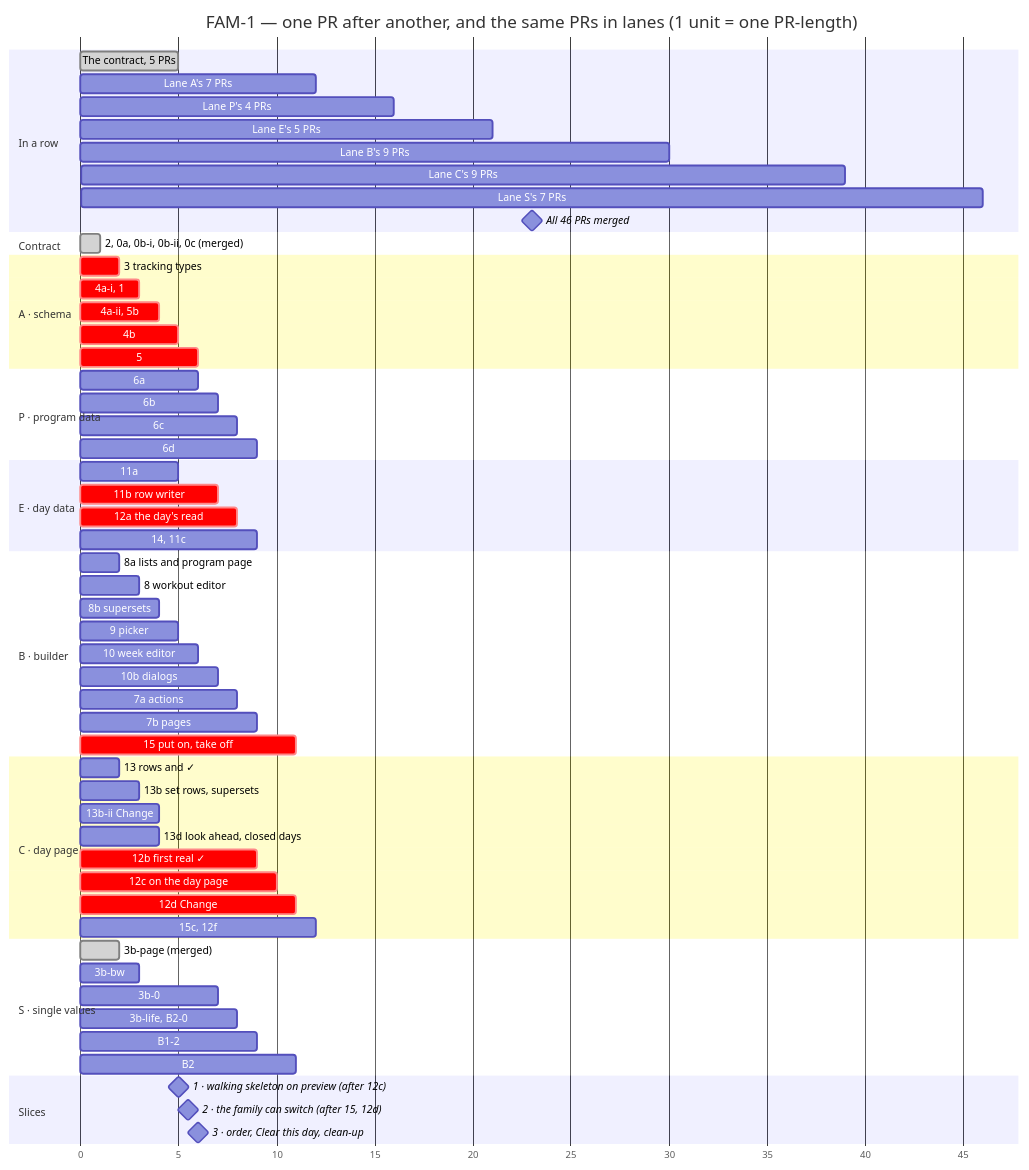
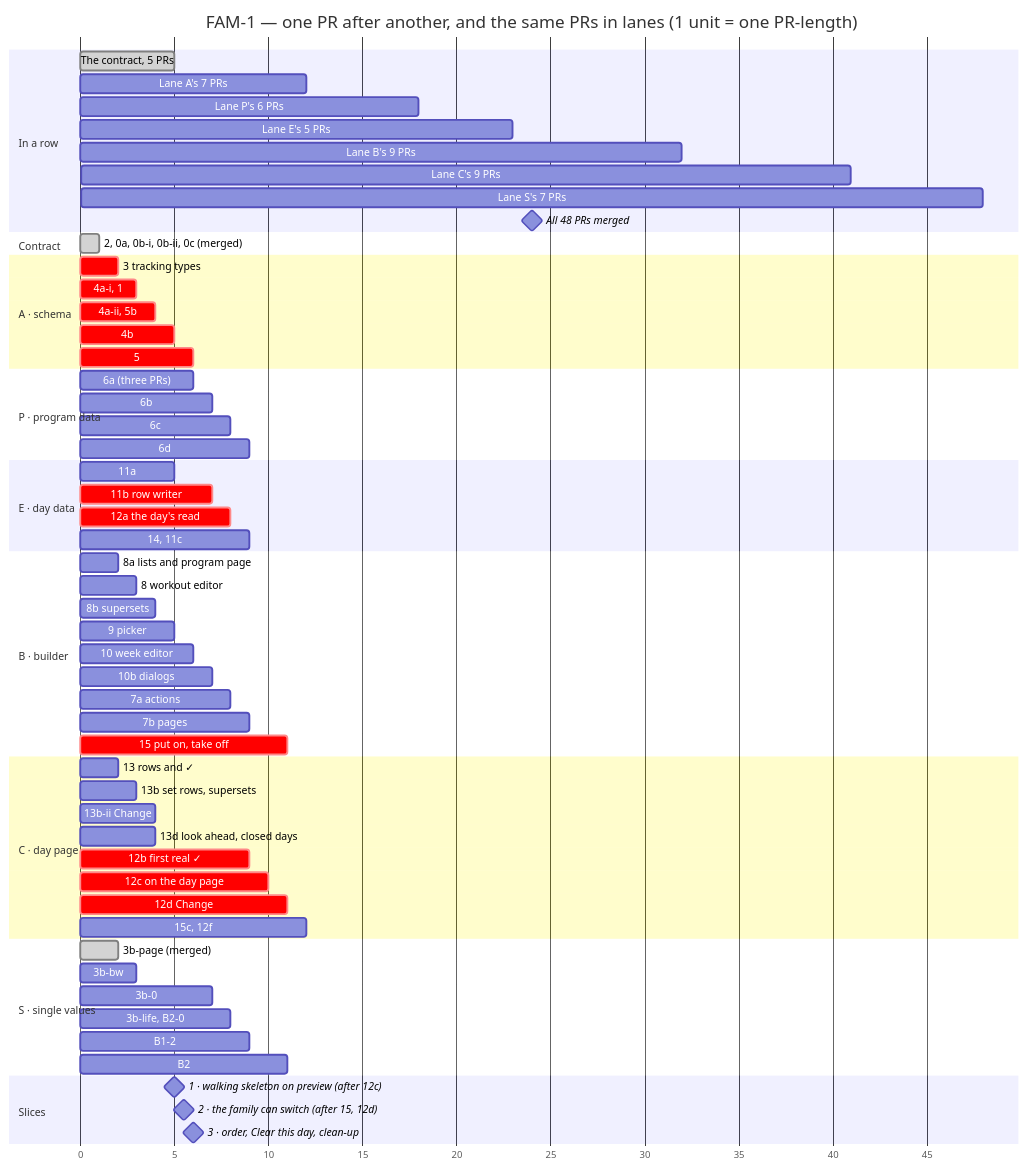
One commit to ralamode/mat-plan changed the second of 2 diagrams in docs/milestones/fam-1-family-program.md. Above: the diagram before and after it, drawn with Mermaid. The commit also changed other lines of this file and 5 other files, not shown here.

````diff
--- a/docs/milestones/fam-1-family-program.md
+++ b/docs/milestones/fam-1-family-program.md
@@ -258,73 +258,73 @@
 ```mermaid
 gantt
   title FAM-1 — one PR after another, and the same PRs in lanes (1 unit = one PR-length)
   dateFormat X
   axisFormat %s
   todayMarker off
 
   section In a row
   The contract, 5 PRs          :done, r0, 0, 5
   Lane A's 7 PRs               :r1, 5, 12
-  Lane P's 4 PRs               :r2, 12, 16
-  Lane E's 5 PRs               :r3, 16, 21
-  Lane B's 9 PRs               :r4, 21, 30
-  Lane C's 9 PRs               :r5, 30, 39
-  Lane S's 7 PRs               :r6, 39, 46
-  All 46 PRs merged            :milestone, rm, 46, 46
+  Lane P's 6 PRs               :r2, 12, 18
+  Lane E's 5 PRs               :r3, 18, 23
+  Lane B's 9 PRs               :r4, 23, 32
+  Lane C's 9 PRs               :r5, 32, 41
+  Lane S's 7 PRs               :r6, 41, 48
+  All 48 PRs merged            :milestone, rm, 48, 48
 
   section Contract
   2, 0a, 0b-i, 0b-ii, 0c (merged) :done, c0, 0, 1
 
   section A · schema
   3 tracking types             :crit, a1, 1, 2
   4a-i, 1                      :crit, a2, 2, 3
   4a-ii, 5b                    :crit, a3, 3, 4
   4b                           :crit, a4, 4, 5
   5                            :crit, a5, 5, 6
 
   section P · program data
-  6a                           :p1, 5, 6
+  6a (three PRs)               :p1, 5, 6
   6b                           :p2, 6, 7
   6c                           :p3, 7, 8
   6d                           :p4, 8, 9
 
   section E · day data
   11a                          :e1, 4, 5
   11b row writer               :crit, e2, 5, 7
   12a the day's read           :crit, e3, 7, 8
   14, 11c                      :e4, 8, 9
 
   section B · builder
   8a lists and program page    :b1, 1, 2
   8 workout editor             :b2, 2, 3
   8b supersets                 :b3, 3, 4
   9 picker                     :b4, 4, 5
   10 week editor               :b5, 5, 6
   10b dialogs                  :b6, 6, 7
   7a actions                   :b7, 7, 8
   7b pages                     :b8, 8, 9
   15 put on, take off          :crit, b9, 10, 11
 
   section C · day page
   13 rows and ✓                :c1, 1, 2
   13b set rows, supersets      :c2, 2, 3
   13b-ii Change                :c2b, 3, 4
   13d look ahead, closed days  :c3, 3, 4
   12b first real ✓             :crit, c4, 8, 9
   12c on the day page          :crit, c5, 9, 10
   12d Change                   :crit, c6, 10, 11
   15c, 12f                     :c7, 11, 12
 
   section S · single values
   3b-page (merged)             :done, s1, 1, 2
   3b-bw                        :s2, 2, 3
   3b-0                         :s3, 6, 7
   3b-life, B2-0                :s4, 7, 8
   B1-2                         :s5, 8, 9
   B2                           :s6, 10, 11
 
   section Slices
   1 · walking skeleton on preview (after 12c) :milestone, m1, 10, 10
   2 · the family can switch (after 15, 12d)   :milestone, m2, 11, 11
   3 · order, Clear this day, clean-up         :milestone, m3, 12, 12
 ```
````
